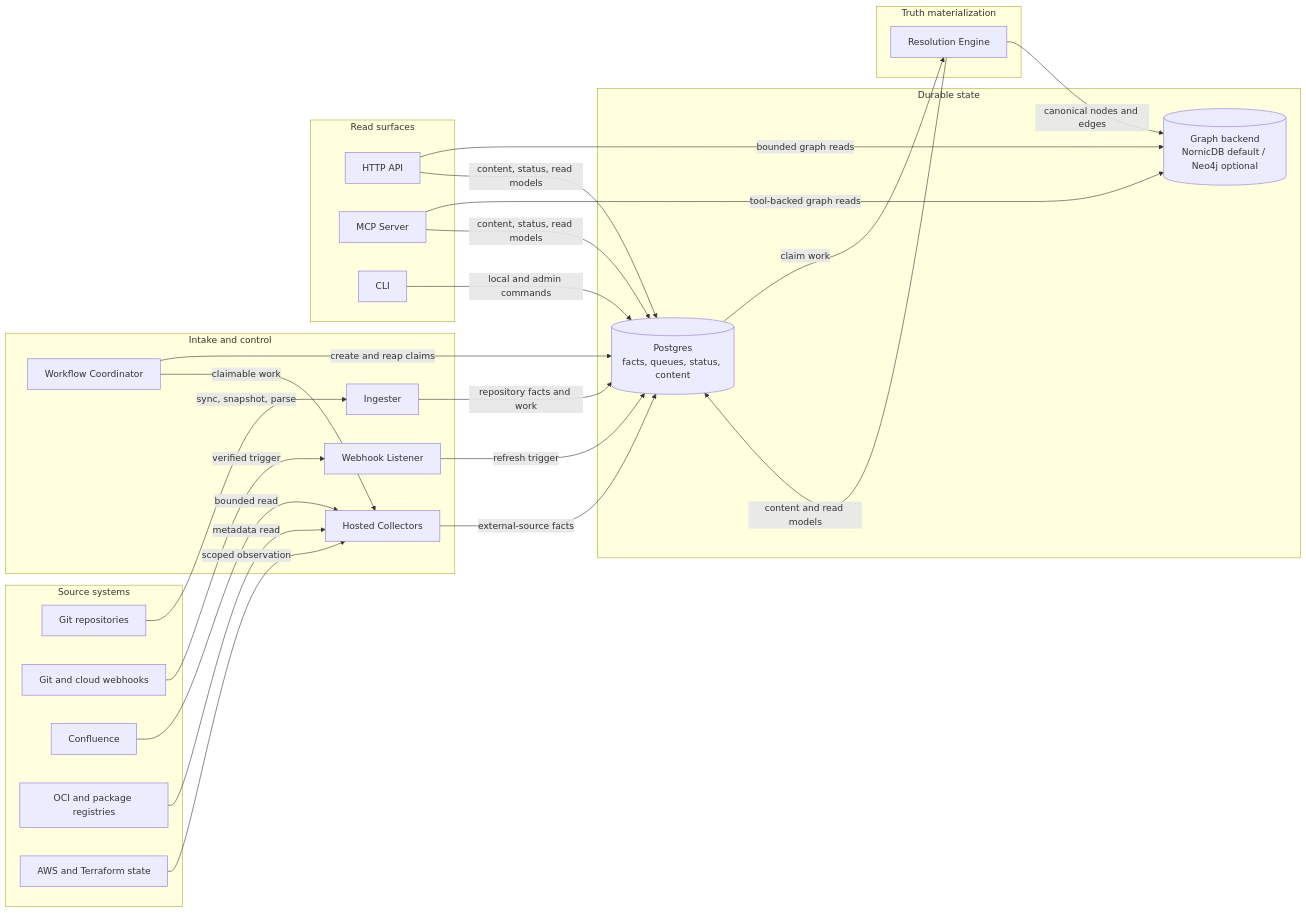
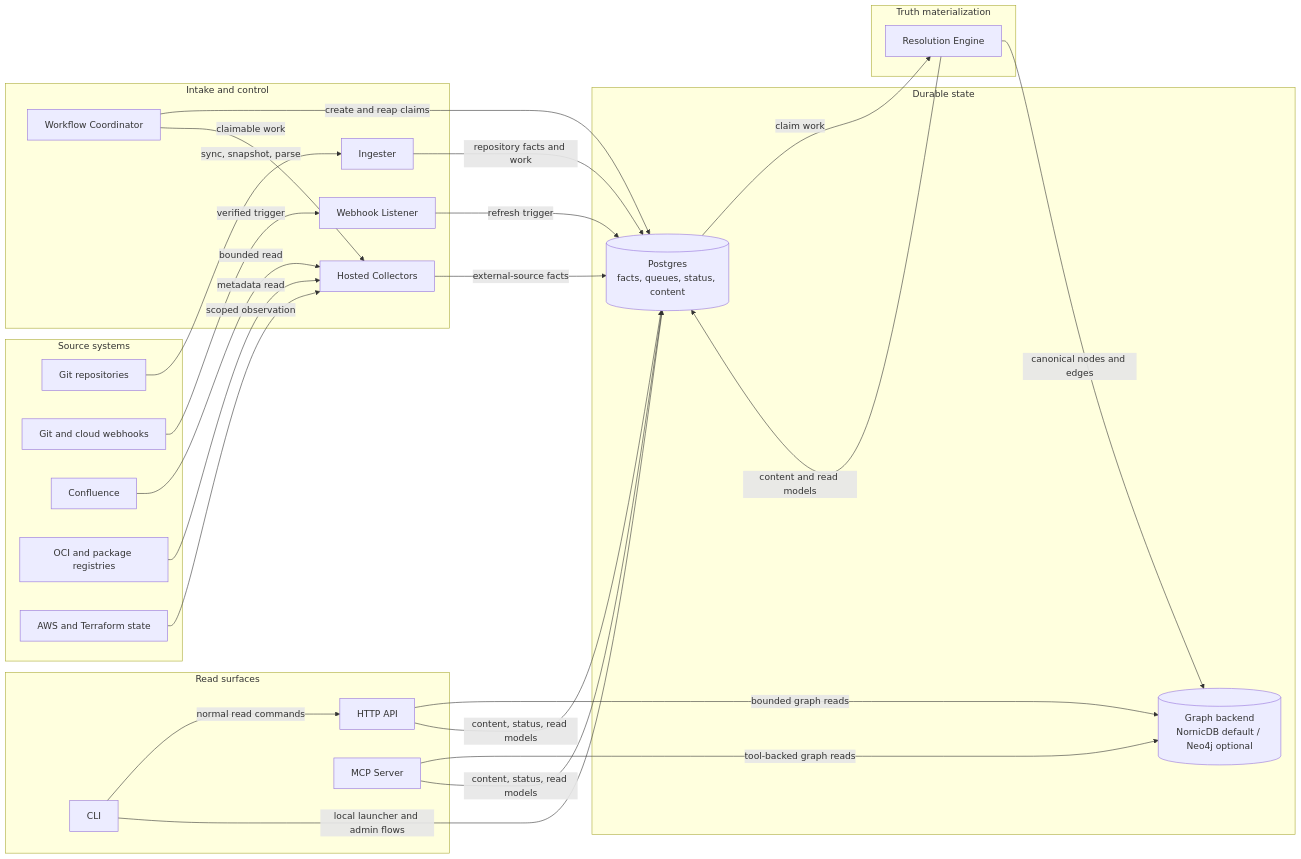
Before and after one commit to eshu-hq/eshu: the first of 3 diagrams in docs/public/architecture.md, drawn with Mermaid. The commit also changed other lines of this file and 24 other files, not shown here.

````diff
--- a/docs/public/architecture.md
+++ b/docs/public/architecture.md
@@ -34,51 +35,52 @@
 ```mermaid
 flowchart LR
   subgraph Sources["Source systems"]
     Git["Git repositories"]
     Hooks["Git and cloud webhooks"]
     Docs["Confluence"]
     Registries["OCI and package registries"]
     Cloud["AWS and Terraform state"]
   end
 
   subgraph Intake["Intake and control"]
     Ingester["Ingester"]
     Webhook["Webhook Listener"]
     Coordinator["Workflow Coordinator"]
     Collectors["Hosted Collectors"]
   end
 
   subgraph State["Durable state"]
     Postgres[("Postgres\nfacts, queues, status, content")]
     Graph[("Graph backend\nNornicDB default / Neo4j optional")]
   end
 
   subgraph Projection["Truth materialization"]
     Reducer["Resolution Engine"]
   end
 
   subgraph Reads["Read surfaces"]
     API["HTTP API"]
     MCP["MCP Server"]
     CLI["CLI"]
   end
 
   Git -->|"sync, snapshot, parse"| Ingester
   Hooks -->|"verified trigger"| Webhook
   Docs -->|"bounded read"| Collectors
   Registries -->|"metadata read"| Collectors
   Cloud -->|"scoped observation"| Collectors
   Coordinator -->|"create and reap claims"| Postgres
   Coordinator -->|"claimable work"| Collectors
   Webhook -->|"refresh trigger"| Postgres
   Ingester -->|"repository facts and work"| Postgres
   Collectors -->|"external-source facts"| Postgres
   Postgres -->|"claim work"| Reducer
   Reducer -->|"canonical nodes and edges"| Graph
   Reducer -->|"content and read models"| Postgres
   API -->|"bounded graph reads"| Graph
   API -->|"content, status, read models"| Postgres
   MCP -->|"tool-backed graph reads"| Graph
   MCP -->|"content, status, read models"| Postgres
-  CLI -->|"local and admin commands"| Postgres
+  CLI -->|"normal read commands"| API
+  CLI -->|"local launcher and admin flows"| Postgres
 ```
````
